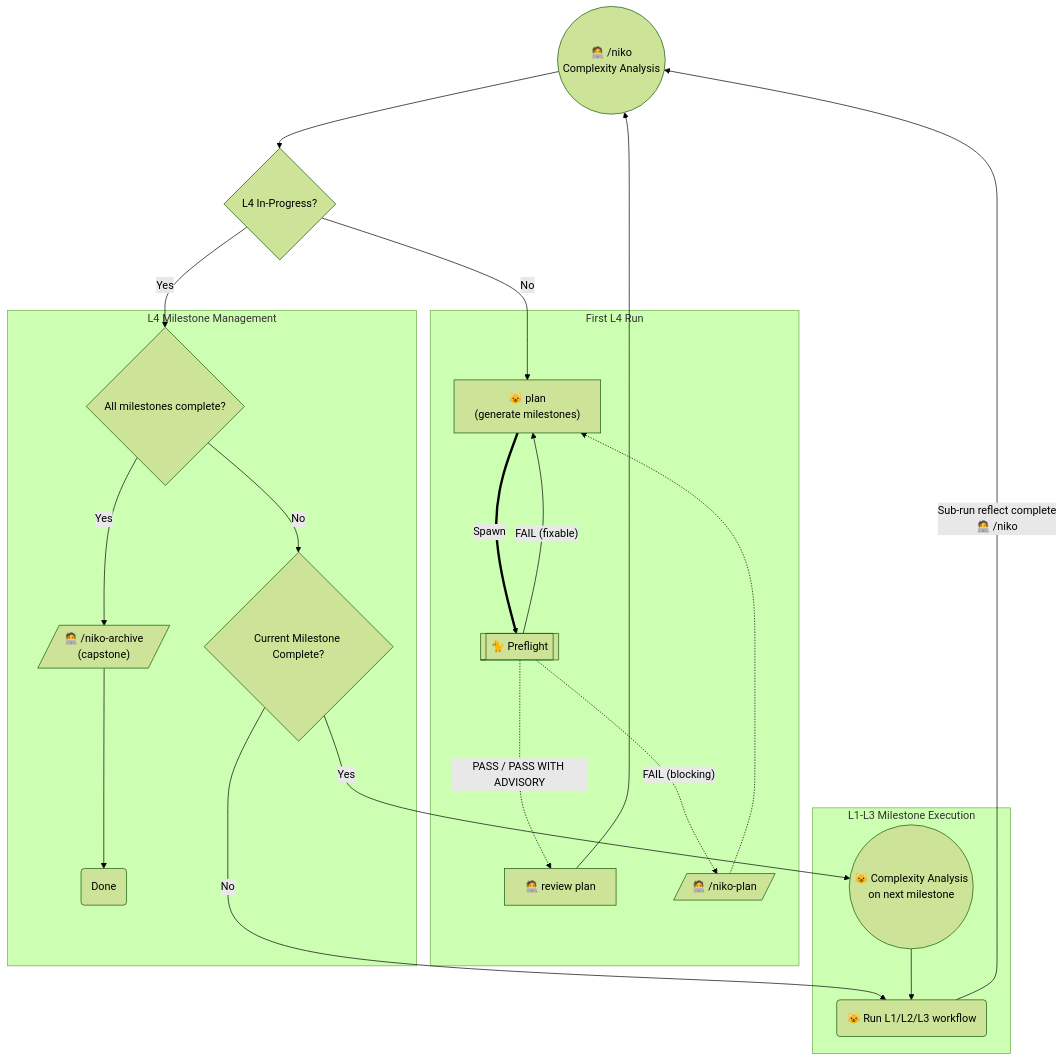
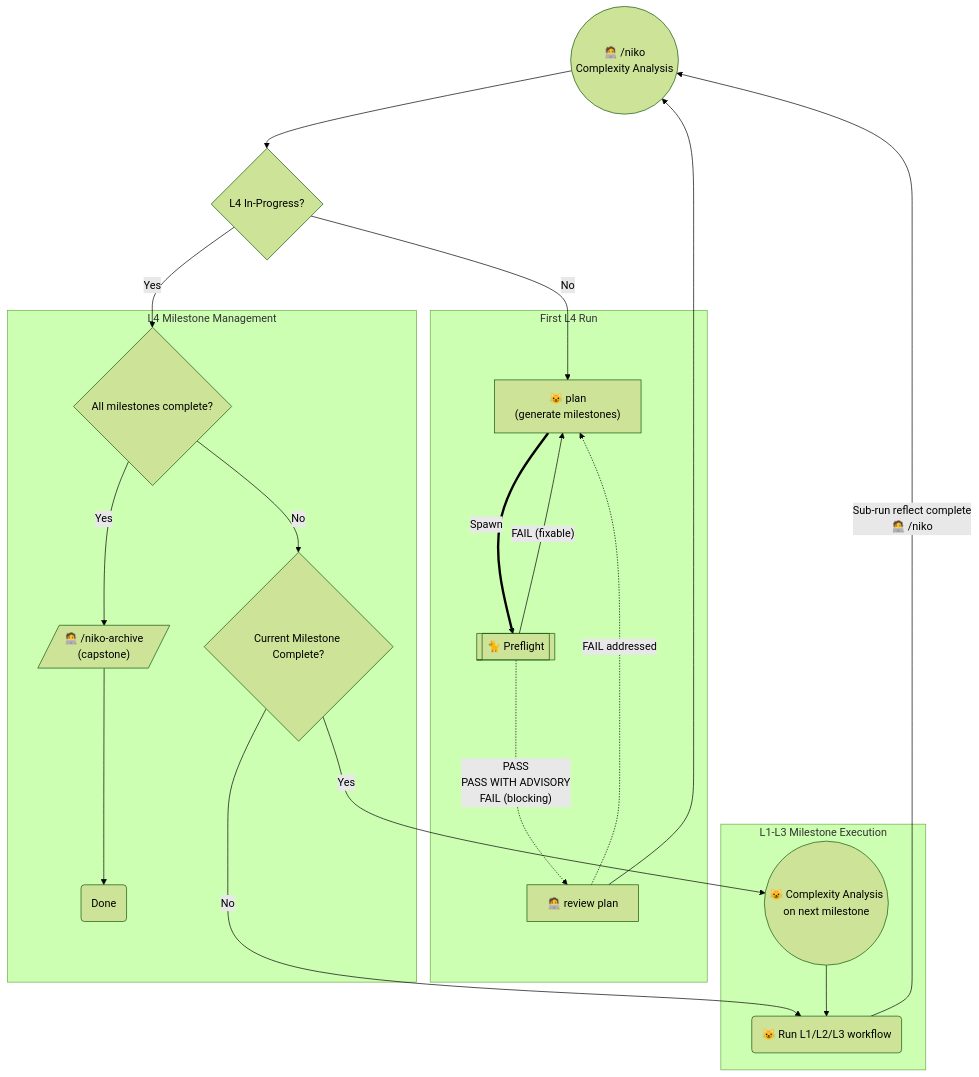
One commit to Texarkanine/.cursor-rules changed the sixth of 6 diagrams in rulesets/niko/README.md. Above: the diagram before and after it, drawn with Mermaid (forest theme). The commit also changed other lines of this file and 1 other file, not shown here.

Commit message:
fix(docs): README charts and level3 chart

````diff
--- a/rulesets/niko/README.md
+++ b/rulesets/niko/README.md
@@ -250,45 +275,45 @@
 ```mermaid
 graph TD
 
     Start(("🧑‍💻 /niko<br>Complexity Analysis"))
     CheckIfMilestones{"L4 In-Progress?"}
 
     subgraph Init["First L4 Run"]
         NikoPlan["😺 plan<br>(generate milestones)"]
         ManualReview["🧑‍💻 review plan"]
-        NikoPlan ==Spawn==> NikoPreflight[["🐈 Preflight"]]
-        NikoPreflight -.->|"PASS / PASS WITH ADVISORY"| ManualReview
+		NikoPlan ==Spawn==> NikoPreflight[["🐈 Preflight"]]
+        NikoPreflight -.->|"PASS<br>PASS WITH ADVISORY<br>FAIL (blocking)"| ManualReview
         NikoPreflight -->|"FAIL (fixable)"| NikoPlan
-        NikoPreflight -.->|"FAIL (blocking)"| ManualPlan[/"🧑‍💻 /niko-plan"/]
-        ManualPlan -.-> NikoPlan
+        ManualReview -.->|FAIL addressed| NikoPlan
+        
     end
 
     subgraph ReEntry["L4 Milestone Management"]
         CheckMilestoneCompletion{"All milestones complete?"}
         Capstone[/"🧑‍💻 /niko-archive<br>(capstone)"/]
         Capstone -->Done("Done")
         PrevDone{"Current Milestone Complete?"}
     end
 
     subgraph SubWorkflow["L1-L3 Milestone Execution"]
         NextSub(("😺 Complexity Analysis<br>on next milestone"))
         SubRun("😺 Run L1/L2/L3 workflow")
     end
 
     Start --> CheckIfMilestones
 
     CheckIfMilestones -->|"No"| NikoPlan
 
     ManualReview --> Start
 
     CheckIfMilestones -->|"Yes"| CheckMilestoneCompletion
     CheckMilestoneCompletion -->|"Yes"| Capstone
 
     CheckMilestoneCompletion -->|"No"| PrevDone
     PrevDone --"Yes"--> NextSub
 
     PrevDone --"No"--> SubRun
 
     NextSub --> SubRun
     SubRun -->|"Sub-run reflect complete<br>🧑‍💻 /niko"| Start
 ```
````
